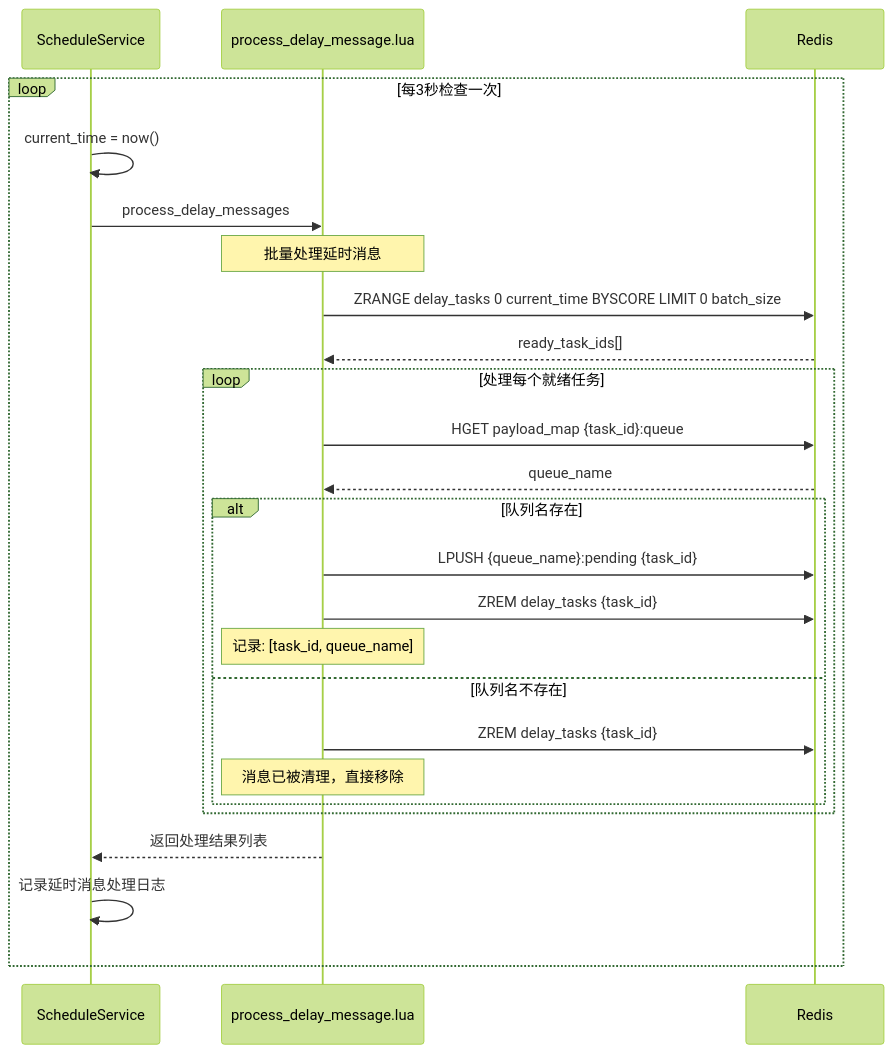
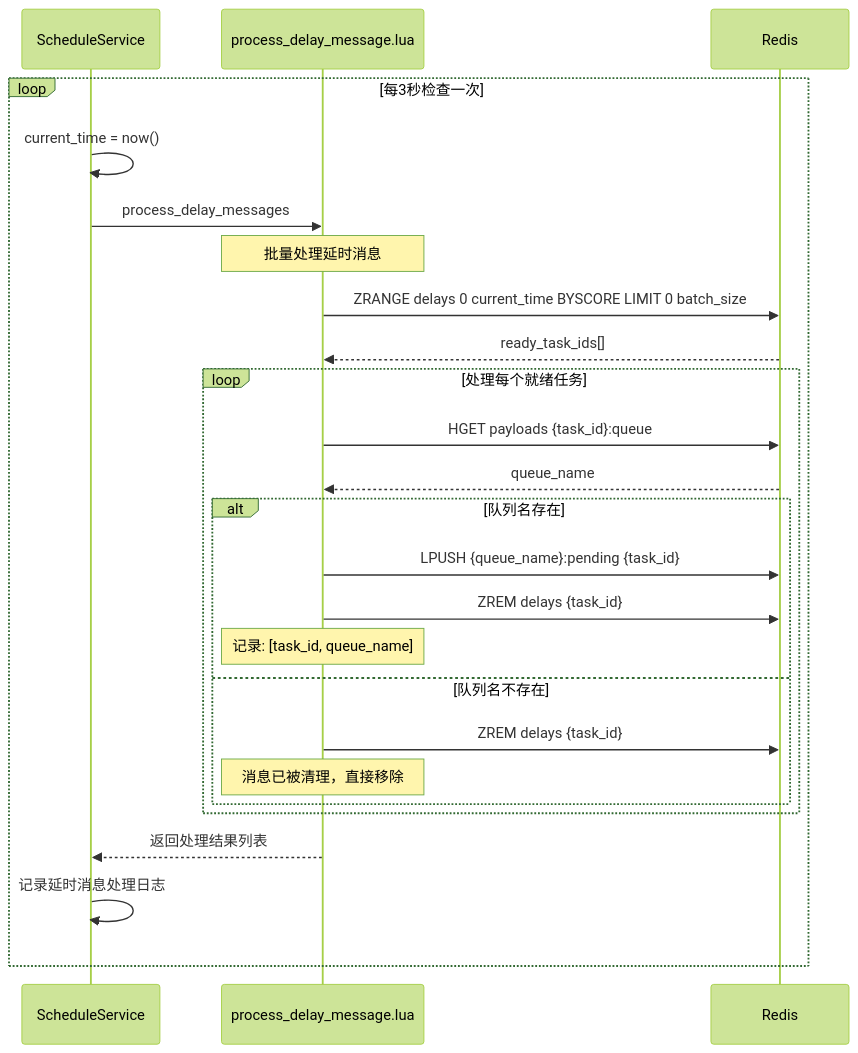
Before and after one commit to CodingOX/mx-rmq: the eighth of 19 diagrams in docs/设计文档.md, drawn with Mermaid (forest theme). The commit also changed other lines of this file and 64 other files, not shown here.

````diff
--- a/docs/设计文档.md
+++ b/docs/设计文档.md
@@ -494,31 +458,31 @@
 ```mermaid
 sequenceDiagram
     participant SS as ScheduleService
     participant Lua as process_delay_message.lua
     participant Redis as Redis
     
     loop 每3秒检查一次
         SS->>SS: current_time = now()
         SS->>Lua: process_delay_messages
         Note over Lua: 批量处理延时消息
-        Lua->>Redis: ZRANGE delay_tasks 0 current_time BYSCORE LIMIT 0 batch_size
+        Lua->>Redis: ZRANGE delays 0 current_time BYSCORE LIMIT 0 batch_size
         Redis-->>Lua: ready_task_ids[]
         
         loop 处理每个就绪任务
-            Lua->>Redis: HGET payload_map {task_id}:queue
+            Lua->>Redis: HGET payloads {task_id}:queue
             Redis-->>Lua: queue_name
             
             alt 队列名存在
                 Lua->>Redis: LPUSH {queue_name}:pending {task_id}
-                Lua->>Redis: ZREM delay_tasks {task_id}
+                Lua->>Redis: ZREM delays {task_id}
                 Note over Lua: 记录: [task_id, queue_name]
             else 队列名不存在
-                Lua->>Redis: ZREM delay_tasks {task_id}
+                Lua->>Redis: ZREM delays {task_id}
                 Note over Lua: 消息已被清理，直接移除
             end
         end
         
         Lua-->>SS: 返回处理结果列表
         SS->>SS: 记录延时消息处理日志
     end
 ```
````
